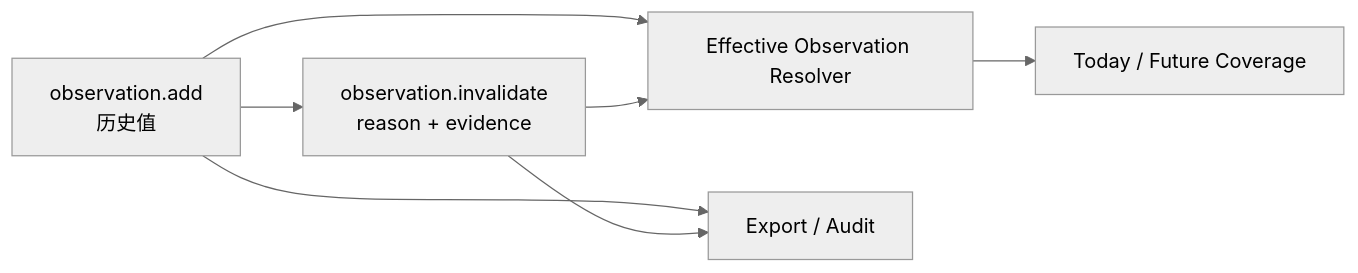
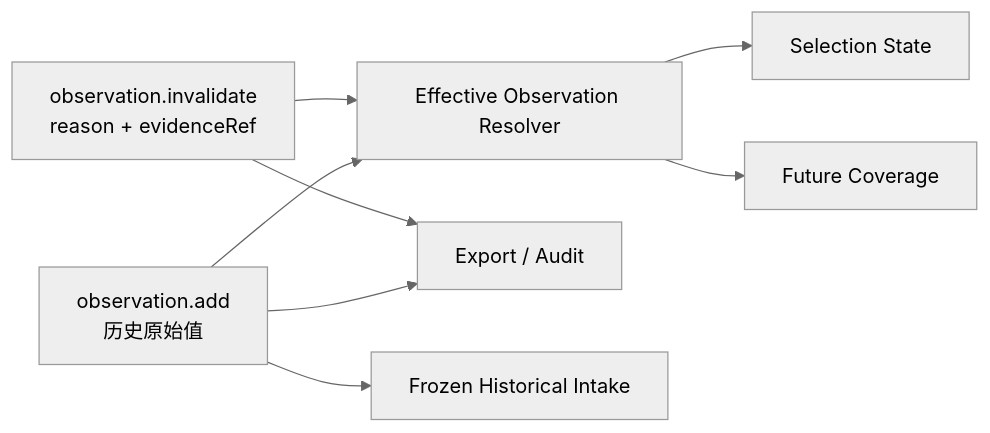
One commit to EOMZON/nutrition-ledger-mvp changed the second of 4 diagrams in docs/architecture/2026-09-18-nutrition-current-vs-ideal-architecture.md. Above: the diagram before and after it, drawn with Mermaid (neutral theme). The commit also changed other lines of this file, not shown here.

Commit message:
docs: refresh Nutrition current-to-ideal architecture

````diff
--- a/docs/architecture/2026-09-18-nutrition-current-vs-ideal-architecture.md
+++ b/docs/architecture/2026-09-18-nutrition-current-vs-ideal-architecture.md
@@ -114,15 +119,18 @@
 ```mermaid
 flowchart LR
-    O["observation.add<br/>历史值"]
-    I["observation.invalidate<br/>reason + evidence"]
+    O["observation.add<br/>历史原始值"]
+    I["observation.invalidate<br/>reason + evidenceRef"]
     Resolver["Effective Observation Resolver"]
+    Selection["Selection State"]
     Export["Export / Audit"]
-    Today["Today / Future Coverage"]
+    History["Frozen Historical Intake"]
+    Future["Future Coverage"]
 
-    O --> I
     O --> Resolver
     I --> Resolver
+    Resolver --> Selection
     O --> Export
     I --> Export
-    Resolver --> Today
+    O --> History
+    Resolver --> Future
 ```
````
